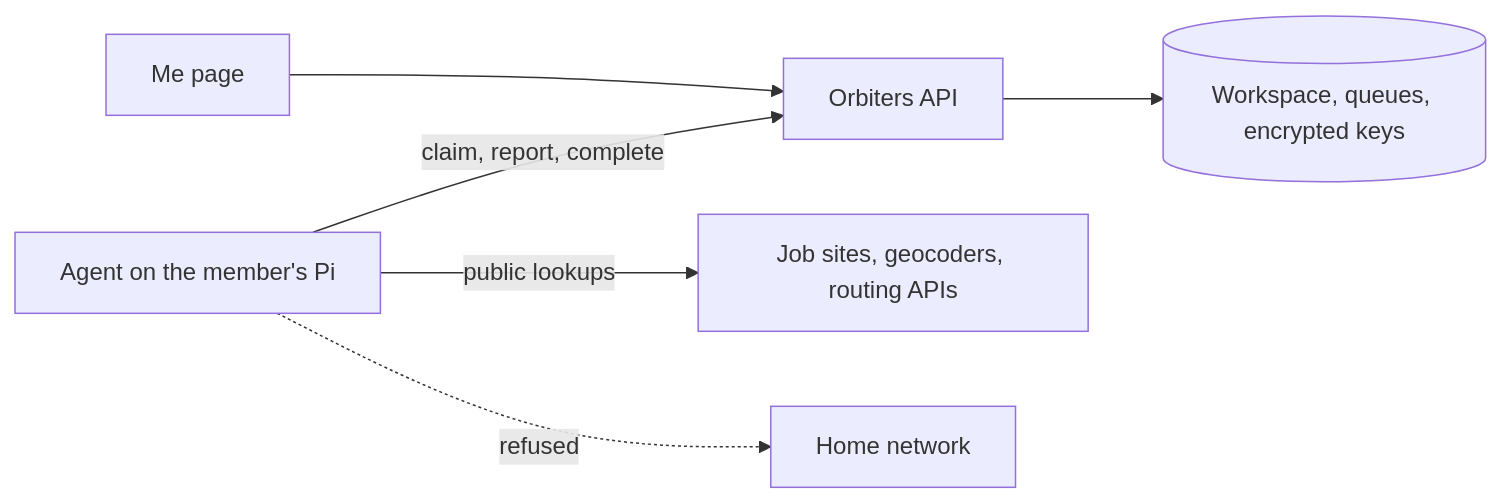
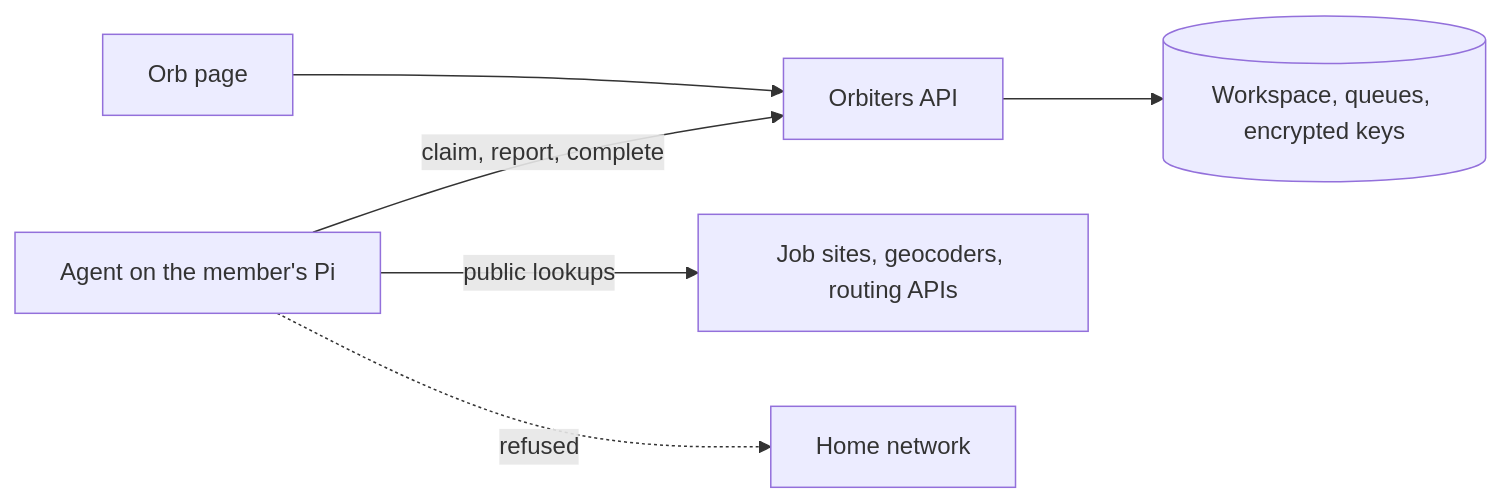
One commit to Orbiters-cc/Documentation changed the diagram in docs/decisions/0010-personal-agents-on-member-hardware.md. Above: the diagram before and after it, drawn with Mermaid. The commit also changed other lines of this file and 4 other files, not shown here.

````diff
--- a/docs/decisions/0010-personal-agents-on-member-hardware.md
+++ b/docs/decisions/0010-personal-agents-on-member-hardware.md
@@ -45,10 +45,10 @@
 ```mermaid
 flowchart LR
   accTitle: Personal agents on member hardware
-  accDescr: The Me page and Orbiters keep data and keys; the Pi agent pulls tasks, calls the internet, and returns results.
-  me[Me page] --> api[Orbiters API]
+  accDescr: The Orb page and Orbiters keep data and keys; the Pi agent pulls tasks, calls the internet, and returns results.
+  orb[Orb page] --> api[Orbiters API]
   api --> db[(Workspace, queues, encrypted keys)]
   pi[Agent on the member's Pi] -- claim, report, complete --> api
   pi -- public lookups --> web[Job sites, geocoders, routing APIs]
   pi -. refused .-> lan[Home network]
 ```
````
